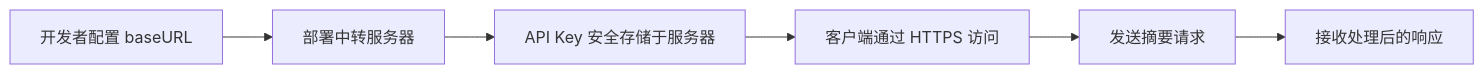
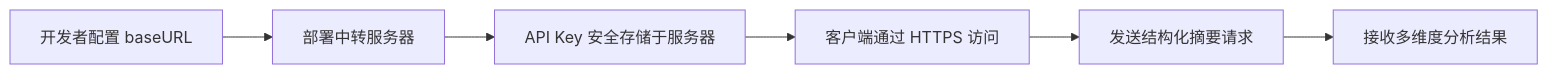
One commit to Primoguo/VoiceReader changed the sixth of 7 diagrams in .qoder/repowiki/zh/content/架构设计/服务层设计/AI 摘要生成服务.md. Above: the diagram before and after it, drawn with Mermaid. The commit also changed other lines of this file and 92 other files, not shown here.

````diff
--- a/.qoder/repowiki/zh/content/架构设计/服务层设计/AI 摘要生成服务.md
+++ b/.qoder/repowiki/zh/content/架构设计/服务层设计/AI 摘要生成服务.md
@@ -262,8 +249,8 @@
 ```mermaid
 flowchart LR
 Dev["开发者配置 baseURL"] --> Deploy["部署中转服务器"]
 Deploy --> Secure["API Key 安全存储于服务器"]
 Secure --> Client["客户端通过 HTTPS 访问"]
-Client --> Request["发送摘要请求"]
-Request --> Response["接收处理后的响应"]
+Client --> Request["发送结构化摘要请求"]
+Request --> Response["接收多维度分析结果"]
 ```
````
